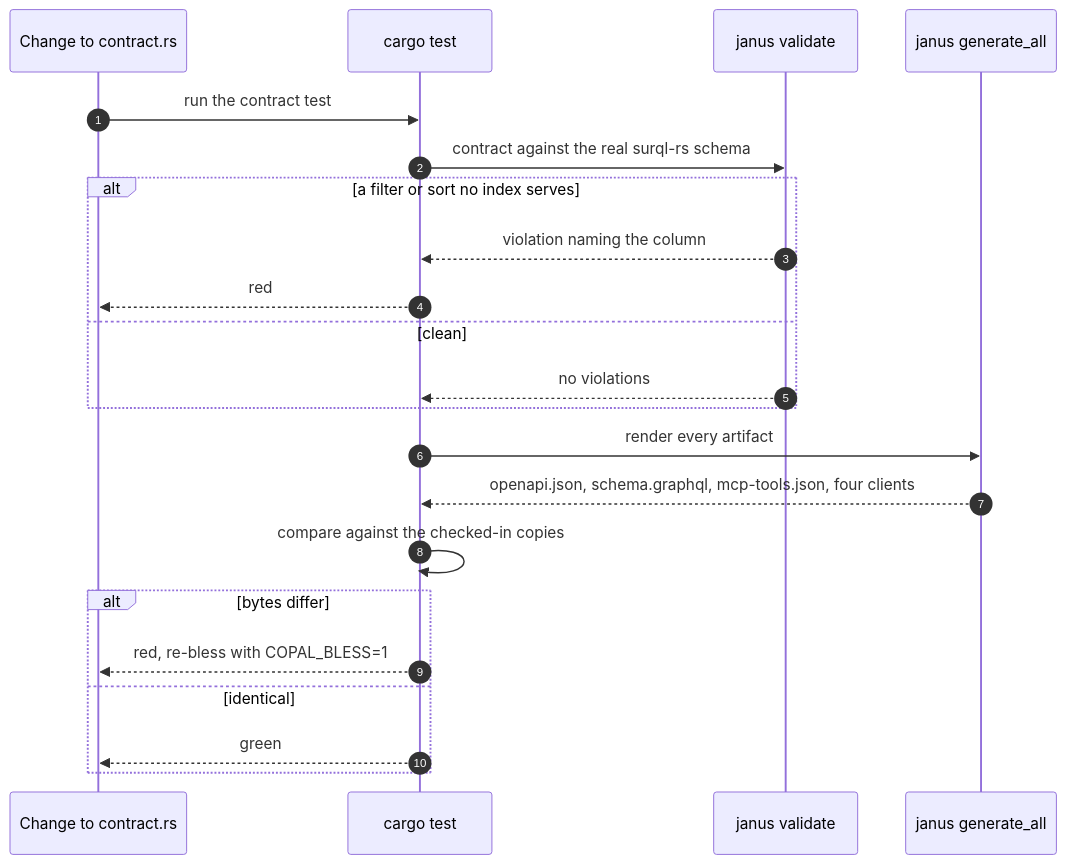
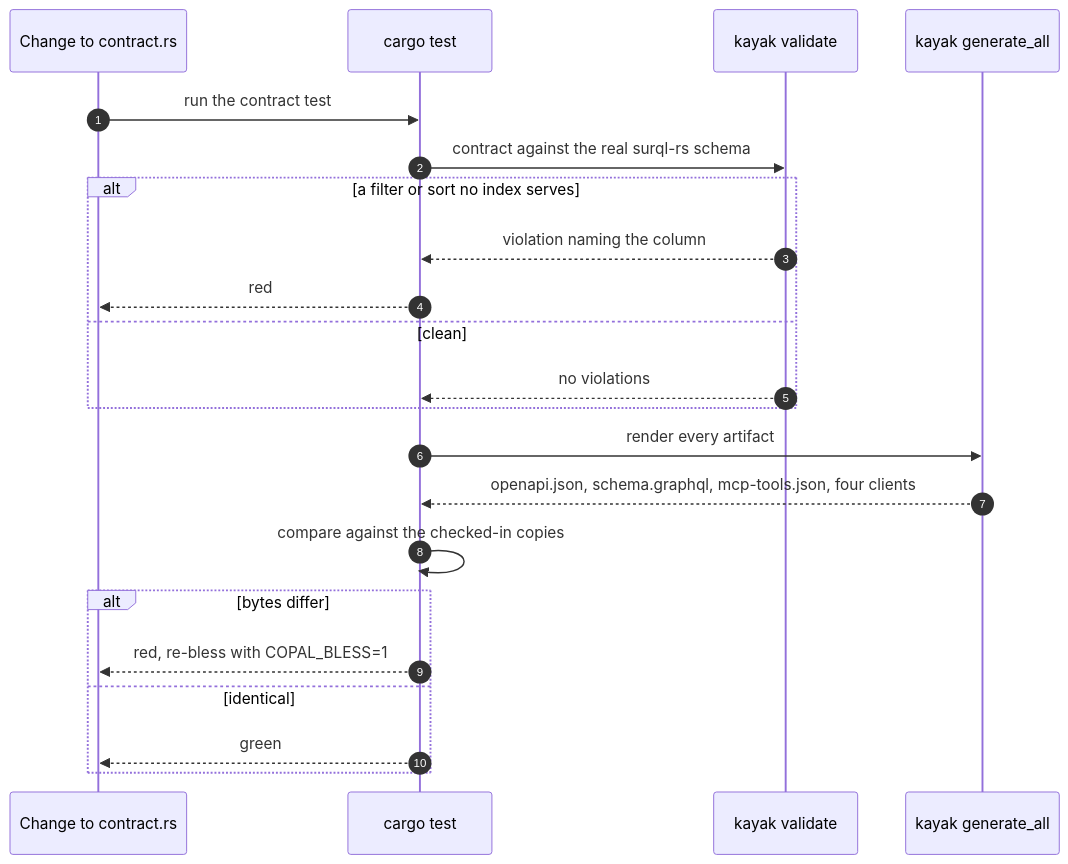
Before and after one commit to Oneiriq/copal: the seventh of 7 diagrams in docs/sequences.md, drawn with Mermaid. The commit also changed other lines of this file and 37 other files, not shown here.

````diff
--- a/docs/sequences.md
+++ b/docs/sequences.md
@@ -217,25 +217,25 @@
 ```mermaid
 sequenceDiagram
     autonumber
     participant Dev as Change to contract.rs
     participant T as cargo test
-    participant JV as janus validate
-    participant JG as janus generate_all
+    participant JV as kayak validate
+    participant JG as kayak generate_all
 
     Dev->>T: run the contract test
     T->>JV: contract against the real surql-rs schema
     alt a filter or sort no index serves
         JV-->>T: violation naming the column
         T-->>Dev: red
     else clean
         JV-->>T: no violations
     end
     T->>JG: render every artifact
     JG-->>T: openapi.json, schema.graphql, mcp-tools.json, four clients
     T->>T: compare against the checked-in copies
     alt bytes differ
         T-->>Dev: red, re-bless with COPAL_BLESS=1
     else identical
         T-->>Dev: green
     end
 ```
````
